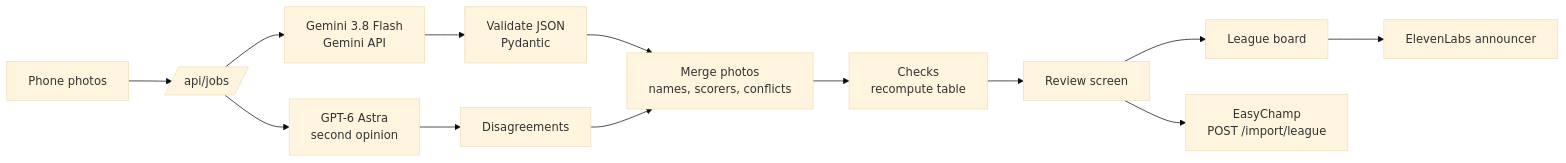
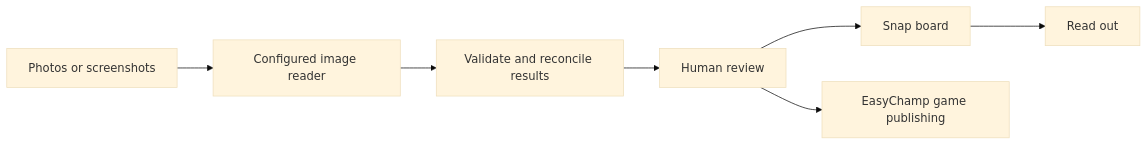
Before and after one commit to anton-abyzov/snap-to-league: the diagram in README.md, drawn with Mermaid (base theme). The commit also changed other lines of this file and 101 other files, not shown here.

````diff
--- a/README.md
+++ b/README.md
@@ -40,15 +32,9 @@
 ```mermaid
 flowchart LR
-  P[Phone photos] --> J[/api/jobs/]
-  J --> G[Gemini 3.8 Flash<br/>Gemini API]
-  J --> A[GPT-6 Astra<br/>second opinion]
-  G --> V[Validate JSON<br/>Pydantic]
-  A --> D[Disagreements]
-  V --> M[Merge photos<br/>names, scorers, conflicts]
-  D --> M
-  M --> C[Checks<br/>recompute table]
-  C --> R[Review screen]
-  R --> B[League board]
-  R --> E[EasyChamp<br/>POST /import/league]
-  B --> S[ElevenLabs announcer]
+  P[Photos or screenshots] --> X[Configured image reader]
+  X --> V[Validate and reconcile results]
+  V --> R[Human review]
+  R --> B[Snap board]
+  R --> E[EasyChamp game publishing]
+  B --> S[Read out]
 ```
````
